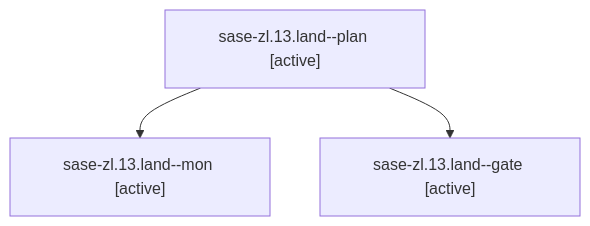
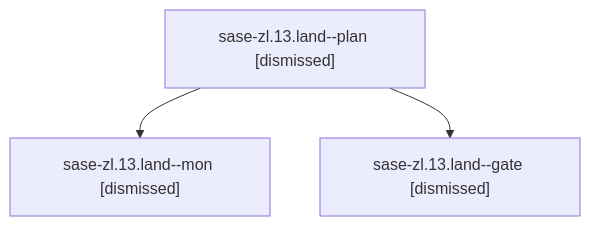
One commit to sase-org/sase--agents changed the diagram in sessions/bbugyi200.athena.sase-zl.13.land.md. Above: the diagram before and after it, drawn with Mermaid. The commit also changed other lines of this file and 211 other files, not shown here.

````diff
--- a/sessions/bbugyi200.athena.sase-zl.13.land.md
+++ b/sessions/bbugyi200.athena.sase-zl.13.land.md
@@ -9,8 +9,8 @@
 ```mermaid
 flowchart TD
-  n0["sase-zl.13.land--plan [active]"]
-  n1["sase-zl.13.land--mon [active]"]
+  n0["sase-zl.13.land--plan [dismissed]"]
+  n1["sase-zl.13.land--mon [dismissed]"]
   n0 --> n1
-  n2["sase-zl.13.land--gate [active]"]
+  n2["sase-zl.13.land--gate [dismissed]"]
   n0 --> n2
 ```
````
